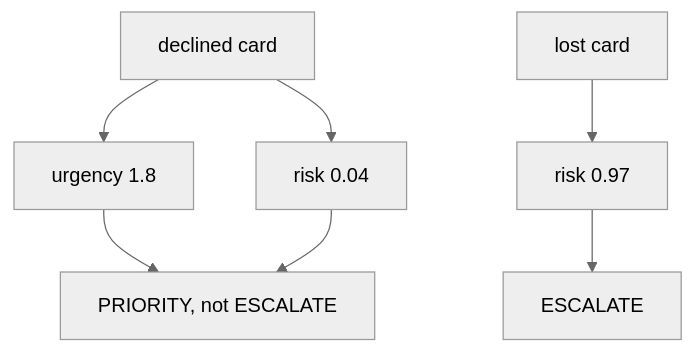
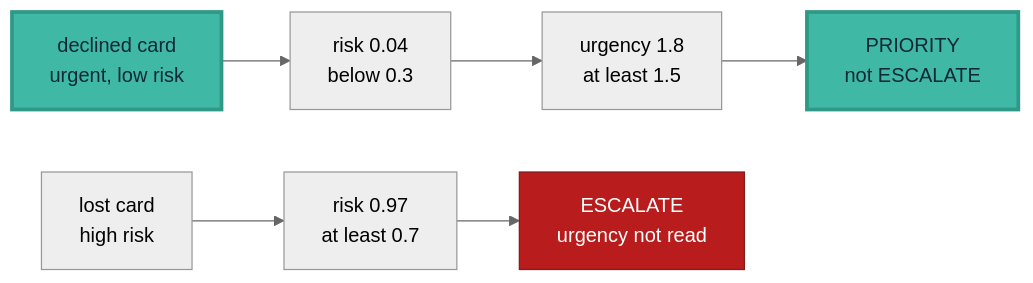
One commit to axel-sirota/getting_started_jev changed the ninth of 11 diagrams in imp_files/slides/module01_diagrams.md. Above: the diagram before and after it, drawn with Mermaid (neutral theme). The commit also changed other lines of this file and 38 other files, not shown here.

Commit message:
Module 1: notebooks, diagrams and deck

````diff
--- a/imp_files/slides/module01_diagrams.md
+++ b/imp_files/slides/module01_diagrams.md
@@ -104,8 +120,9 @@
 ```mermaid
-flowchart TD
-  D["declined card"] --> U["urgency 1.8"]
-  D --> K["risk 0.04"]
-  U --> P["PRIORITY, not ESCALATE"]
-  K --> P
-  LC["lost card"] --> K2["risk 0.97"] --> E["ESCALATE"]
+flowchart LR
+  D["declined card<br/>urgent, low risk"] --> DR["risk 0.04<br/>below 0.3"] --> DU["urgency 1.8<br/>at least 1.5"] --> DA["PRIORITY<br/>not ESCALATE"]
+  L["lost card<br/>high risk"] --> LK["risk 0.97<br/>at least 0.7"] --> LA["ESCALATE<br/>urgency not read"]
+  classDef hero fill:#40B8A6,stroke:#2F9987,color:#0F2938,stroke-width:3px
+  classDef esc fill:#B91C1C,stroke:#7F1D1D,color:#FFFFFF
+  class D,DA hero
+  class LA esc
 ```
````
